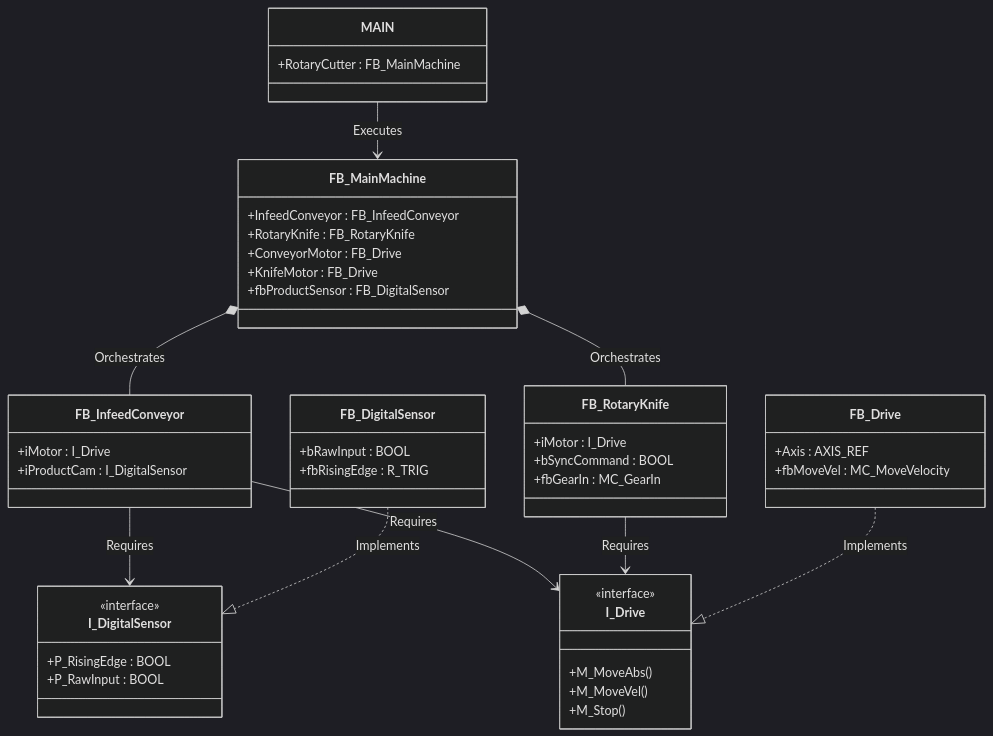
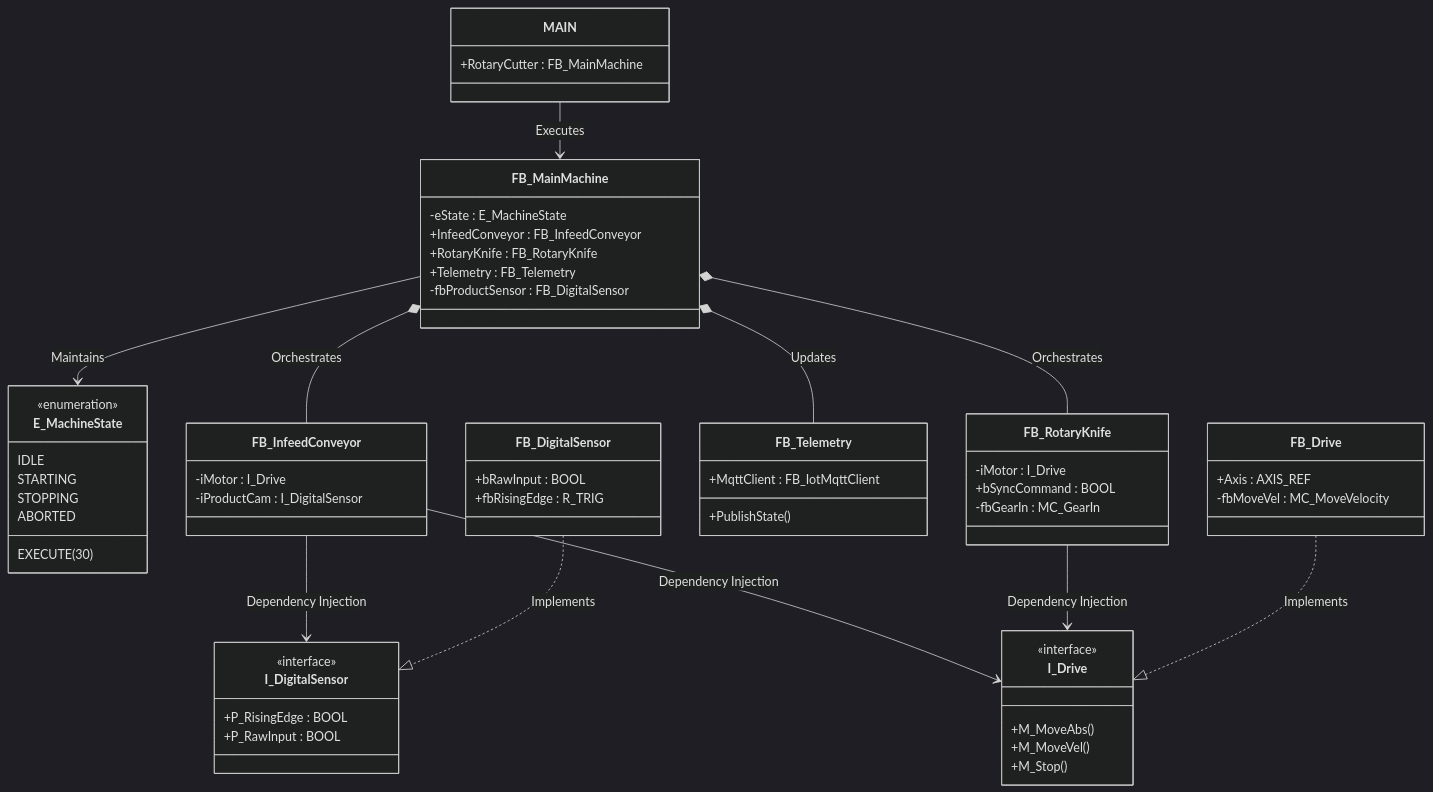
One commit to SahilJasani2/Modular_Rotary_Cutter changed the diagram in README.md. Above: the diagram before and after it, drawn with Mermaid (dark theme). The commit also changed other lines of this file, not shown here.

Commit message:
added link to the video

````diff
--- a/README.md
+++ b/README.md
@@ -21,59 +21,75 @@
 ```mermaid
 classDiagram
     class MAIN {
         +RotaryCutter : FB_MainMachine
     }
     
     class FB_MainMachine {
+        -eState : E_MachineState
         +InfeedConveyor : FB_InfeedConveyor
         +RotaryKnife : FB_RotaryKnife
-        +ConveyorMotor : FB_Drive
-        +KnifeMotor : FB_Drive
-        +fbProductSensor : FB_DigitalSensor
+        +Telemetry : FB_Telemetry
+        -fbProductSensor : FB_DigitalSensor
+    }
+
+    class E_MachineState {
+        <<enumeration>>
+        IDLE
+        STARTING
+        EXECUTE (30)
+        STOPPING
+        ABORTED
     }
 
     class FB_InfeedConveyor {
-        +iMotor : I_Drive
-        +iProductCam : I_DigitalSensor
+        -iMotor : I_Drive
+        -iProductCam : I_DigitalSensor
     }
 
     class FB_RotaryKnife {
-        +iMotor : I_Drive
+        -iMotor : I_Drive
         +bSyncCommand : BOOL
-        +fbGearIn : MC_GearIn
+        -fbGearIn : MC_GearIn
+    }
+
+    class FB_Telemetry {
+        +PublishState()
+        +MqttClient : FB_IotMqttClient
     }
 
     class I_DigitalSensor {
         <<interface>>
         +P_RisingEdge : BOOL
         +P_RawInput : BOOL
     }
 
     class I_Drive {
         <<interface>>
         +M_MoveAbs()
         +M_MoveVel()
         +M_Stop()
     }
 
     class FB_DigitalSensor {
         +bRawInput : BOOL
         +fbRisingEdge : R_TRIG
     }
     
     class FB_Drive {
         +Axis : AXIS_REF
-        +fbMoveVel : MC_MoveVelocity
+        -fbMoveVel : MC_MoveVelocity
     }
 
     MAIN --> FB_MainMachine : Executes
+    FB_MainMachine --> E_MachineState : Maintains
     FB_MainMachine *-- FB_InfeedConveyor : Orchestrates
     FB_MainMachine *-- FB_RotaryKnife : Orchestrates
+    FB_MainMachine *-- FB_Telemetry : Updates
     
-    FB_InfeedConveyor --> I_DigitalSensor : Requires
-    FB_InfeedConveyor --> I_Drive : Requires
-    FB_RotaryKnife --> I_Drive : Requires
+    FB_InfeedConveyor --> I_DigitalSensor : Dependency Injection
+    FB_InfeedConveyor --> I_Drive : Dependency Injection
+    FB_RotaryKnife --> I_Drive : Dependency Injection
     
     FB_DigitalSensor ..|> I_DigitalSensor : Implements
     FB_Drive ..|> I_Drive : Implements
 ```
````
